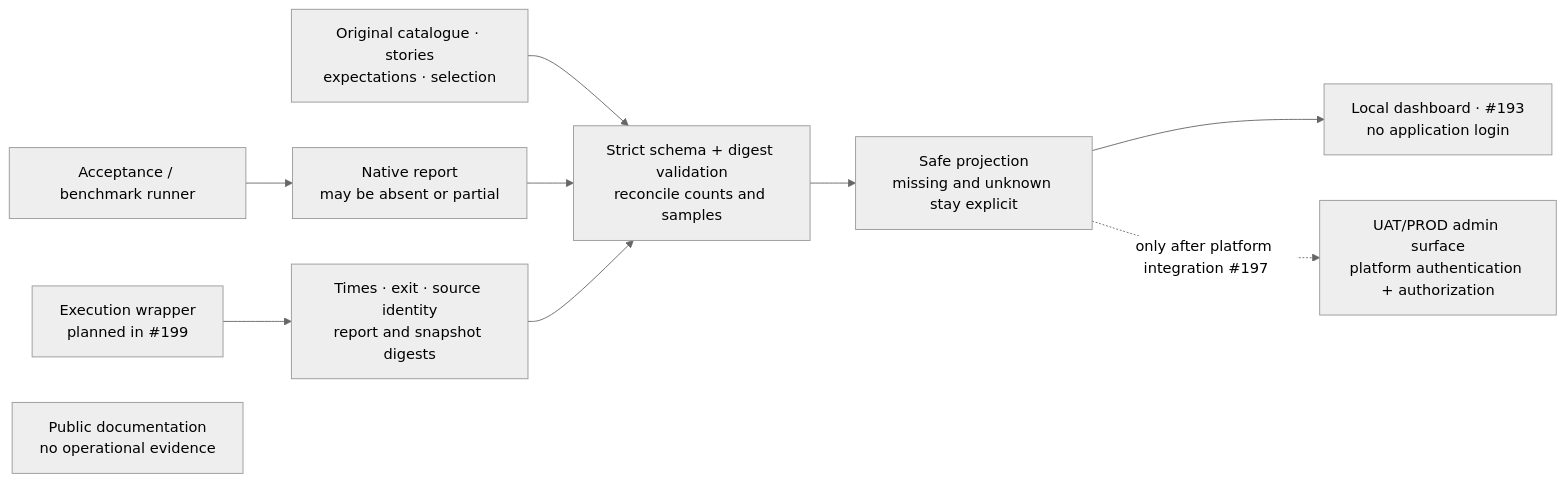
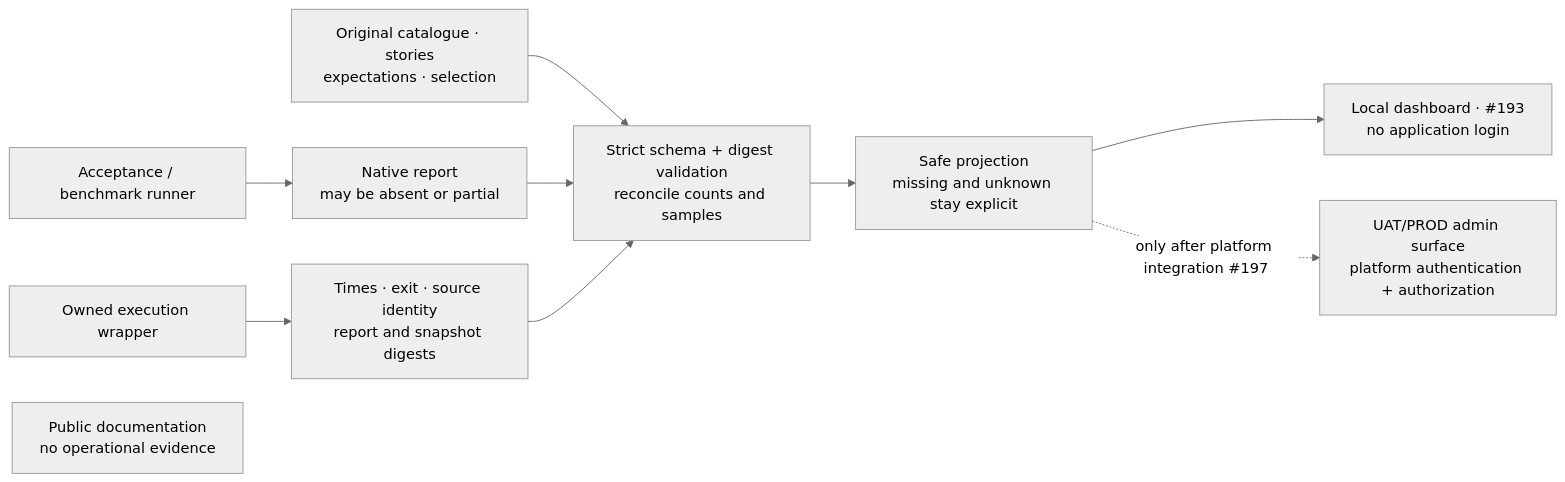
Before and after one commit to CBIIT/nci-si-mcp: the diagram in docs/evidence-contract.md, drawn with Mermaid. The commit also changed other lines of this file and 11 other files, not shown here.

````diff
--- a/docs/evidence-contract.md
+++ b/docs/evidence-contract.md
@@ -138,18 +139,18 @@
 ```mermaid
 ---
 config:
   theme: neutral
   look: classic
   layout: dagre
 ---
 flowchart LR
-    Wrapper["Execution wrapper<br/>planned in #199"] --> Envelope["Times · exit · source identity<br/>report and snapshot digests"]
+    Wrapper["Owned execution wrapper"] --> Envelope["Times · exit · source identity<br/>report and snapshot digests"]
     Runner["Acceptance / benchmark runner"] --> Raw["Native report<br/>may be absent or partial"]
     Original["Original catalogue · stories<br/>expectations · selection"] --> Validate
     Raw --> Validate["Strict schema + digest validation<br/>reconcile counts and samples"]
     Envelope --> Validate
     Validate --> Projection["Safe projection<br/>missing and unknown stay explicit"]
     Projection --> Local["Local dashboard · #193<br/>no application login"]
     Projection -. "only after platform integration #197" .-> Admin["UAT/PROD admin surface<br/>platform authentication + authorization"]
     Docs["Public documentation<br/>no operational evidence"]
 ```
````
